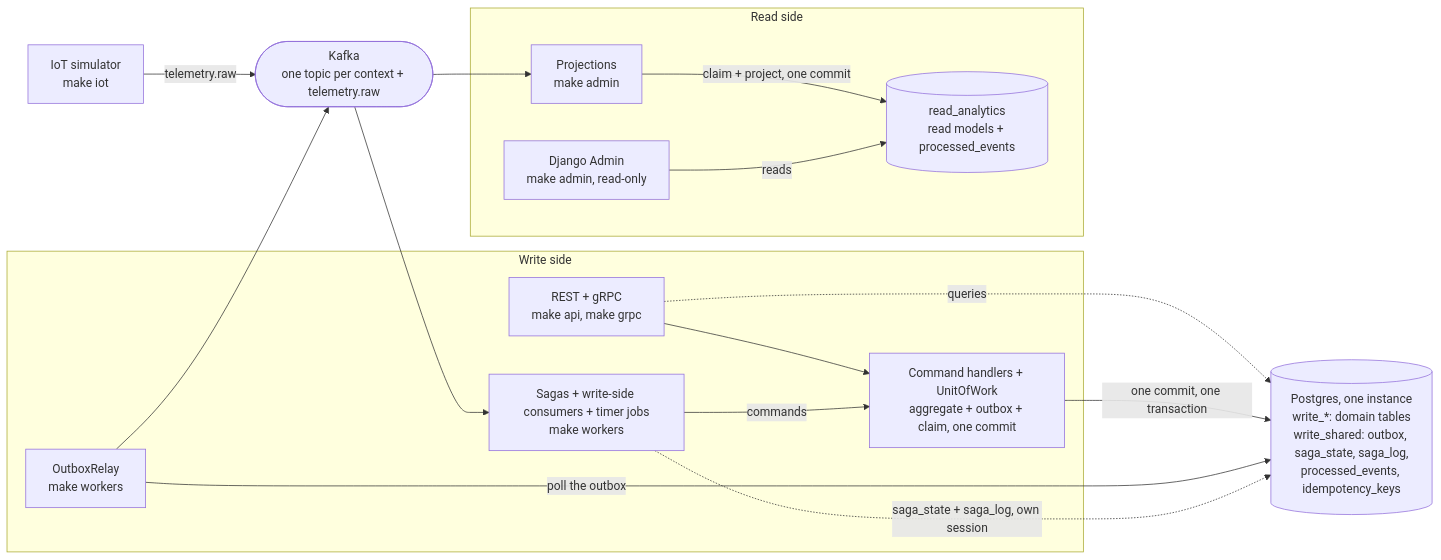
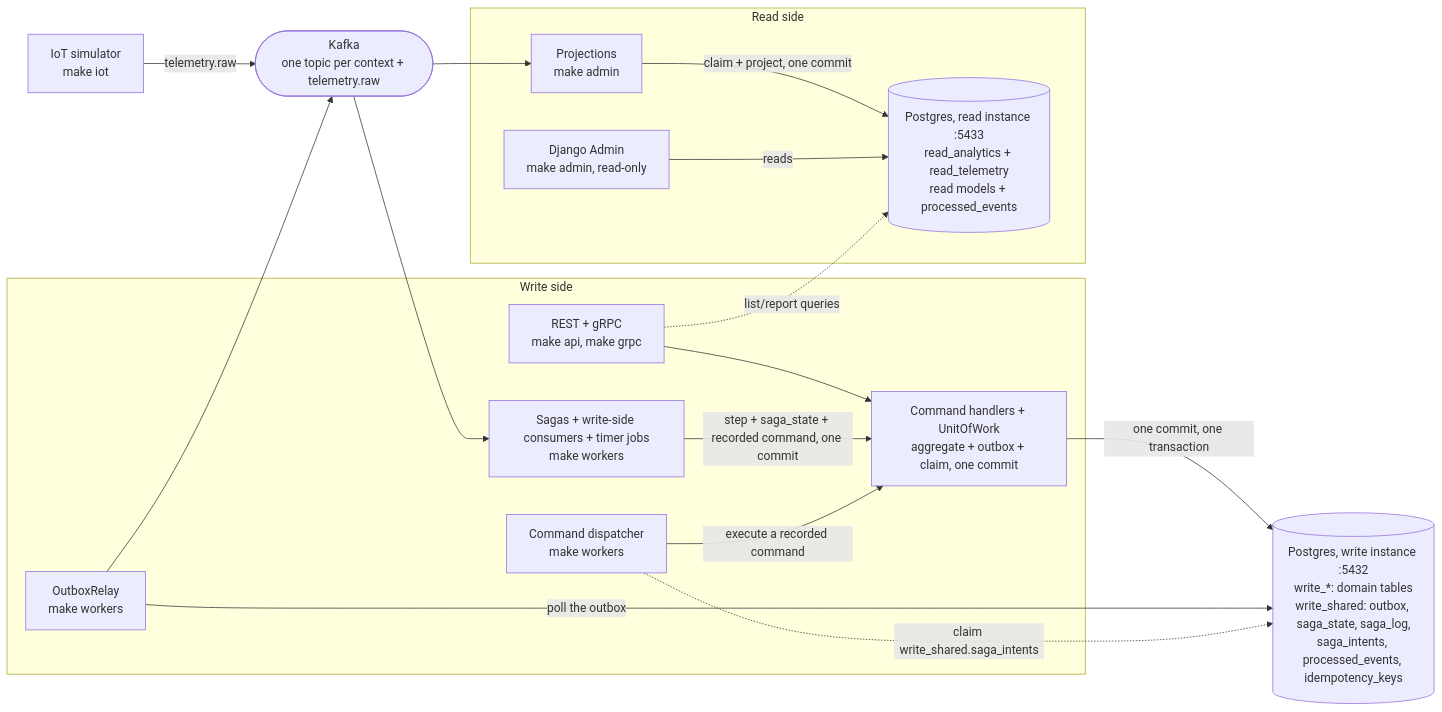
Before and after one commit to DisMosGit/plantkeeper: the diagram in README.md, drawn with Mermaid. The commit also changed other lines of this file and 14 other files, not shown here.

Commit message:
docs: describe the two-database topology, the query split and the new flows

````diff
--- a/README.md
+++ b/README.md
@@ -15,29 +15,31 @@
 ```mermaid
 flowchart LR
   subgraph write [Write side]
     API["REST + gRPC<br/>make api, make grpc"]
     UOW["Command handlers + UnitOfWork<br/>aggregate + outbox + claim, one commit"]
     RELAY["OutboxRelay<br/>make workers"]
     SAGA["Sagas + write-side consumers + timer jobs<br/>make workers"]
+    DISPATCH["Command dispatcher<br/>make workers"]
   end
-  PG[("Postgres, one instance<br/>write_*: domain tables<br/>write_shared: outbox, saga_state, saga_log,<br/>processed_events, idempotency_keys")]
+  PGW[("Postgres, write instance :5432<br/>write_*: domain tables<br/>write_shared: outbox, saga_state, saga_log,<br/>saga_intents, processed_events, idempotency_keys")]
   K(["Kafka<br/>one topic per context + telemetry.raw"])
   IOT["IoT simulator<br/>make iot"]
   subgraph read [Read side]
     PROJ["Projections<br/>make admin"]
-    ANALYTICS[("read_analytics<br/>read models + processed_events")]
+    PGR[("Postgres, read instance :5433<br/>read_analytics + read_telemetry<br/>read models + processed_events")]
     ADMIN["Django Admin<br/>make admin, read-only"]
   end
   API --> UOW
-  API -.->|queries| PG
-  UOW -->|"one commit, one transaction"| PG
-  RELAY -->|poll the outbox| PG
+  API -.->|"list/report queries"| PGR
+  UOW -->|"one commit, one transaction"| PGW
+  RELAY -->|poll the outbox| PGW
   RELAY --> K
   K --> SAGA
-  SAGA -->|commands| UOW
-  SAGA -.->|"saga_state + saga_log, own session"| PG
+  SAGA -->|"step + saga_state + recorded command, one commit"| UOW
+  DISPATCH -->|"execute a recorded command"| UOW
+  DISPATCH -.->|claim write_shared.saga_intents| PGW
   IOT -->|telemetry.raw| K
   K --> PROJ
-  PROJ -->|"claim + project, one commit"| ANALYTICS
-  ADMIN -->|reads| ANALYTICS
+  PROJ -->|"claim + project, one commit"| PGR
+  ADMIN -->|reads| PGR
 ```
````
